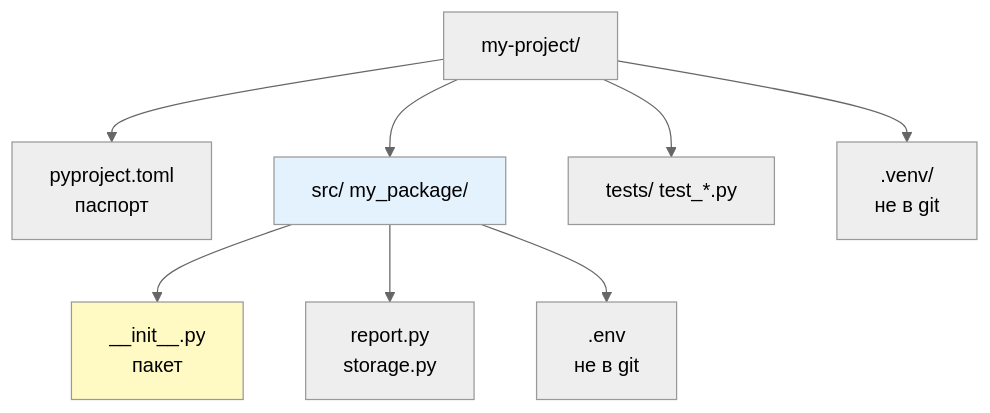
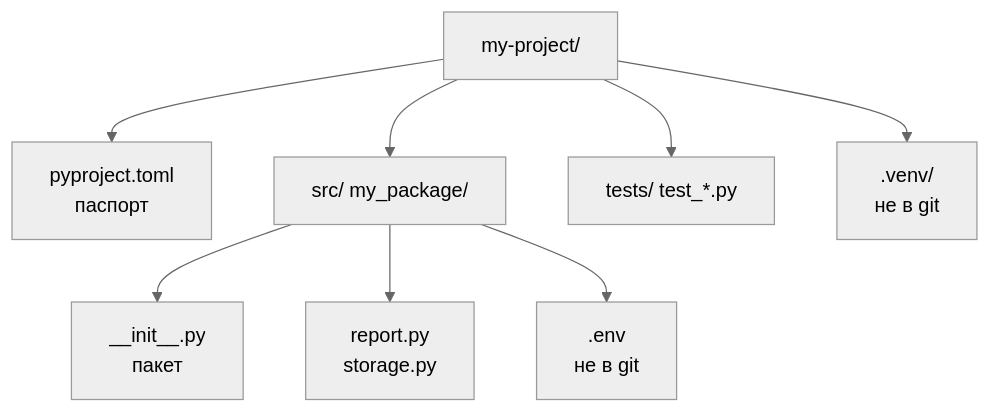
The first of 2 diagrams in 02_Курсы/01. Инженерные практики Python/01_Лекции/12. Структура проекта и модули.md (JayStorm228/College), drawn with Mermaid (neutral theme) before and after one commit. The commit also changed other lines of this file and 30 other files, not shown here.

First line of the commit message:
переименование NumPy лекций под академические заголовки + стандартные диаграммы

````diff
--- a/02_Курсы/01. Инженерные практики Python/01_Лекции/12. Структура проекта и модули.md
+++ b/02_Курсы/01. Инженерные практики Python/01_Лекции/12. Структура проекта и модули.md
@@ -25,12 +25,10 @@
 ```mermaid
 flowchart TD
   R[my-project/] --> P[pyproject.toml<br>паспорт]
   R --> S[src/ my_package/]
   S --> I[__init__.py<br>пакет]
   S --> M[report.py<br>storage.py]
   S --> E[.env<br>не в git]
   R --> T[tests/ test_*.py]
   R --> V[.venv/<br>не в git]
-  style S fill:#e3f2fd
-  style I fill:#fff9c4
 ```
````
